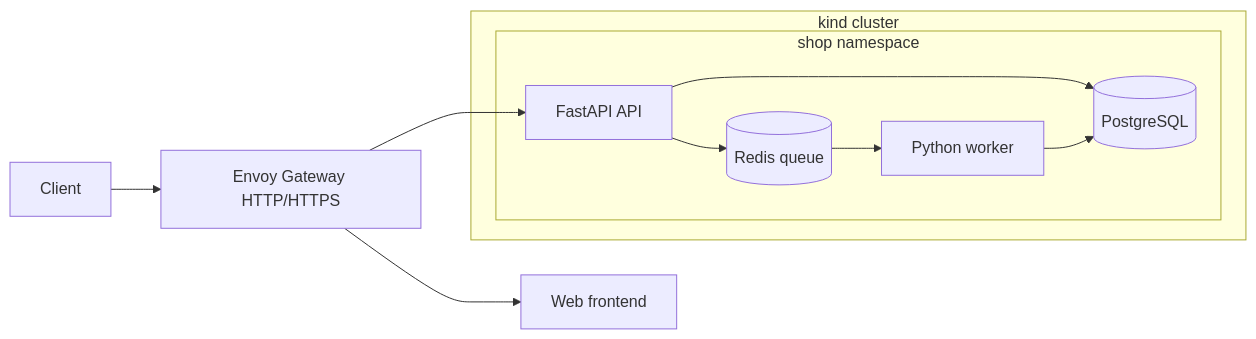
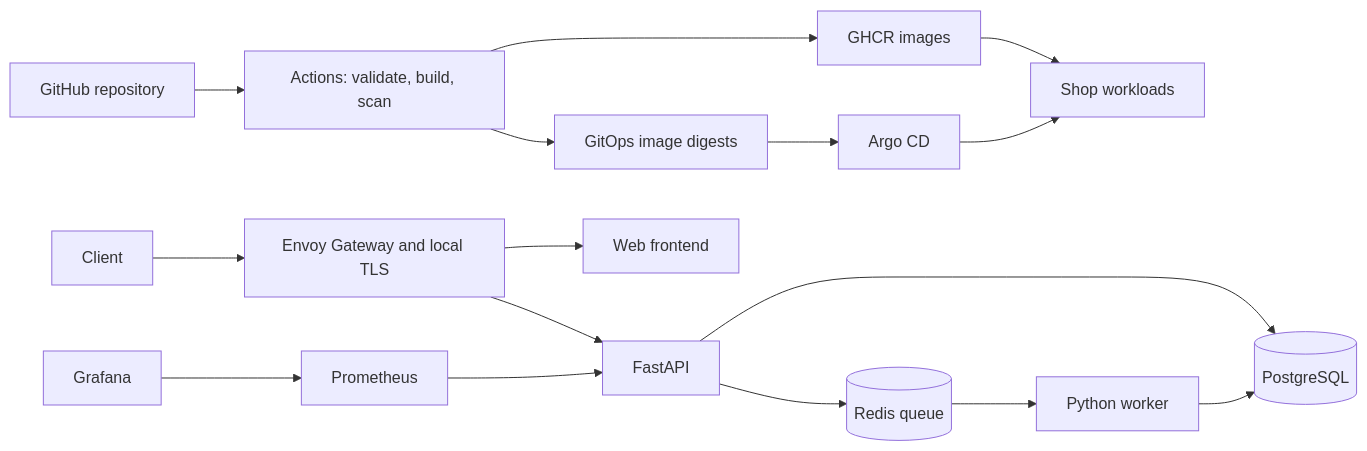
Before and after one commit to chriswayneh/kube-foundry: the diagram in README.md, drawn with Mermaid. The commit also changed other lines of this file and 20 other files, not shown here.

````diff
--- a/README.md
+++ b/README.md
@@ -26,19 +9,18 @@
 ```mermaid
 flowchart LR
-    Client --> Gateway[Envoy Gateway HTTP/HTTPS]
+    Git[GitHub repository] --> CI[Actions: validate, build, scan]
+    CI --> Images[GHCR images]
+    CI --> Desired[GitOps image digests]
+    Desired --> Argo[Argo CD]
+    Argo --> Shop[Shop workloads]
+    Images --> Shop
+    Client --> Gateway[Envoy Gateway and local TLS]
     Gateway --> Web[Web frontend]
-    Gateway --> API[FastAPI API]
+    Gateway --> API[FastAPI]
     API --> PG[(PostgreSQL)]
     API --> Redis[(Redis queue)]
     Redis --> Worker[Python worker]
     Worker --> PG
-
-    subgraph kind[kind cluster]
-      subgraph shop[shop namespace]
-        API
-        Worker
-        PG
-        Redis
-      end
-    end
+    Prom[Prometheus] --> API
+    Grafana --> Prom
 ```
````
